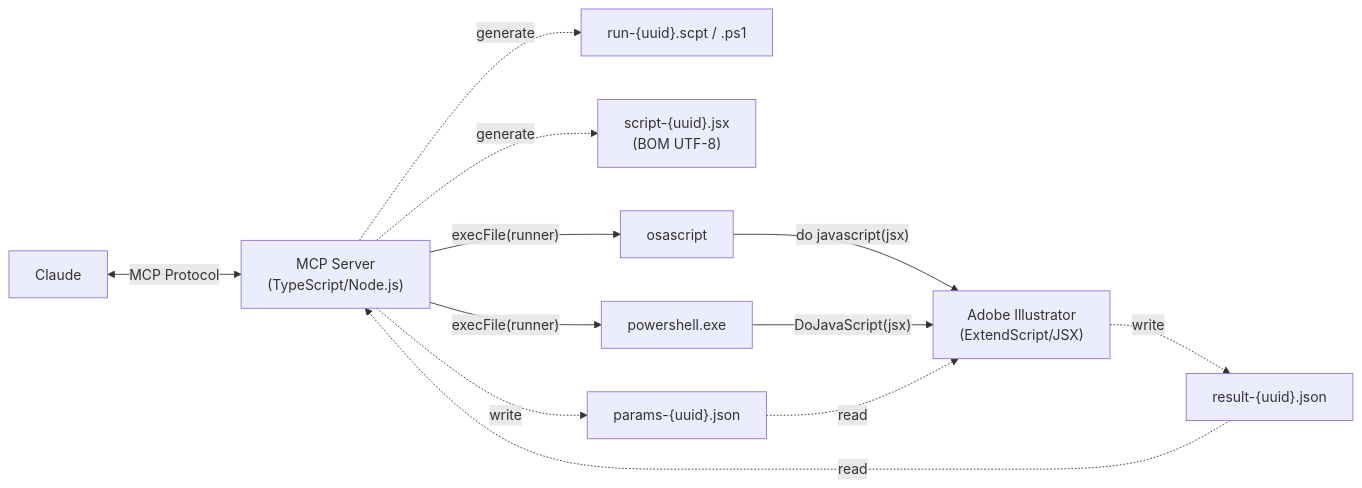
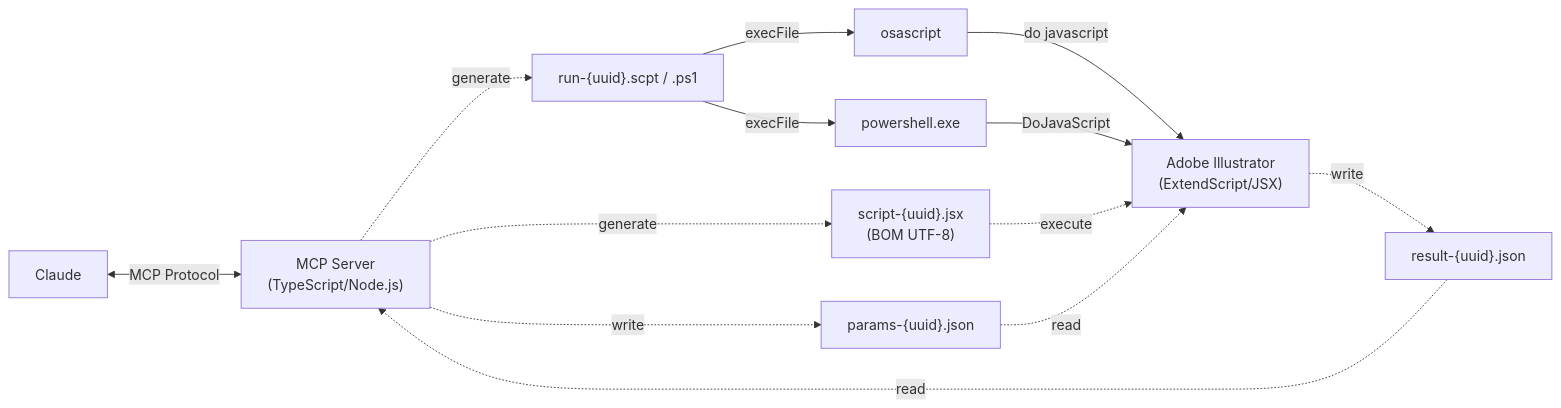
Before and after one commit to ie3jp/illustrator-mcp-server: the diagram in README.ja.md, drawn with Mermaid. The commit also changed 1 other file, not shown here.

Commit message:
Fix architecture diagram: connect runner and jsx to their consumers
runner and jsx nodes were floating with no outgoing arrows.
Now runner connects to osascript/powershell via execFile,
and jsx connects to Illustrator via execute.

https://claude.ai/code/session_01EQQRW92kiFXtJar5i5SYqg

````diff
--- a/README.ja.md
+++ b/README.ja.md
@@ -362,18 +362,19 @@
 ```mermaid
 flowchart LR
     Claude <-->|MCP Protocol| Server["MCP Server\n(TypeScript/Node.js)"]
 
     Server -.->|generate| Runner["run-{uuid}.scpt / .ps1"]
     Server -.->|generate| JSX["script-{uuid}.jsx\n(BOM UTF-8)"]
     Server -.->|write| PF["params-{uuid}.json"]
 
-    Server -->|"execFile(runner)"| osascript
-    Server -->|"execFile(runner)"| PS["powershell.exe"]
+    Runner -->|execFile| osascript
+    Runner -->|execFile| PS["powershell.exe"]
 
-    osascript -->|"do javascript(jsx)"| AI["Adobe Illustrator\n(ExtendScript/JSX)"]
-    PS -->|"DoJavaScript(jsx)"| AI
+    osascript -->|do javascript| AI["Adobe Illustrator\n(ExtendScript/JSX)"]
+    PS -->|DoJavaScript| AI
 
+    JSX -.->|execute| AI
     PF -.->|read| AI
     AI -.->|write| RF["result-{uuid}.json"]
     RF -.->|read| Server
 ```
````
